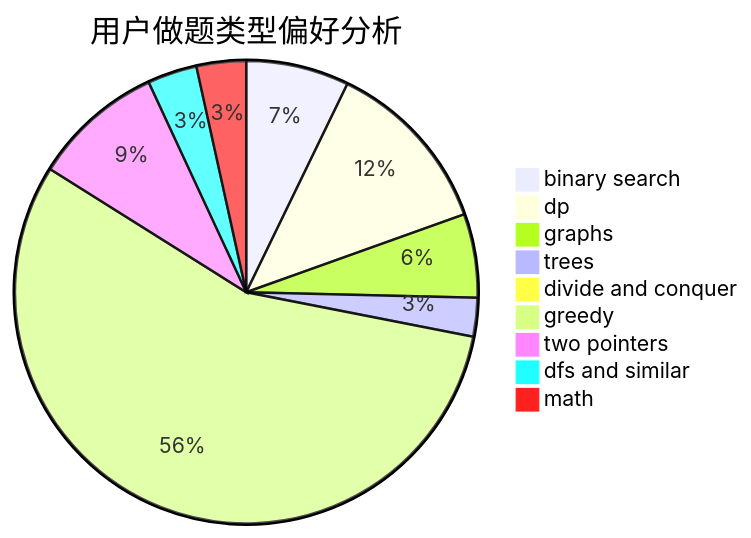
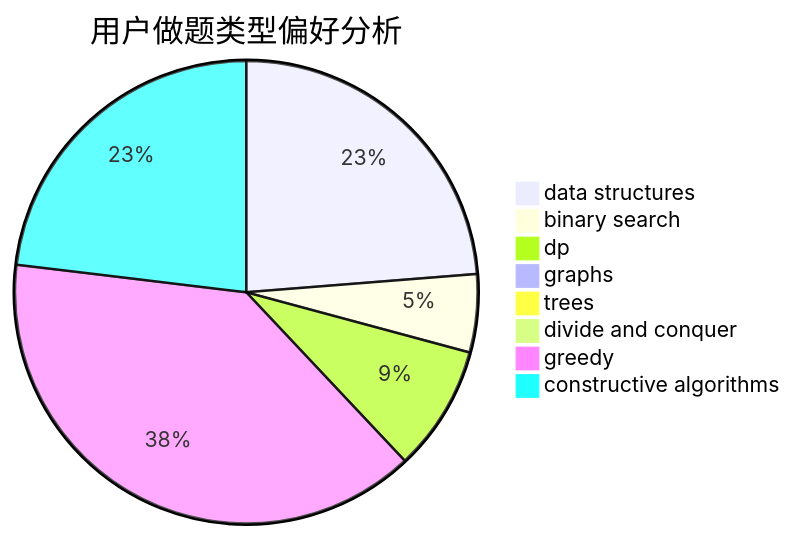
The second of 3 diagrams in docs/user/u2501.md (sherpahu/cfrs.github.io), drawn with Mermaid before and after one commit. The commit also changed other lines of this file and 2775 other files, not shown here.

````diff
--- a/docs/user/u2501.md
+++ b/docs/user/u2501.md
@@ -23,12 +23,11 @@
 ```mermaid
 pie title 用户做题类型偏好分析
-    "binary search" :  106
-    "dp" :  182
-    "graphs" :  86
-    "trees" :  40
-    "divide and conquer" :  3
-    "greedy" :  823
-    "two pointers" :  135
-    "dfs and similar" :  51
-    "math" :  51
+    "data structures" :  405
+    "binary search" :  93
+    "dp" :  150
+    "graphs" :  17
+    "trees" :  11
+    "divide and conquer" :  1
+    "greedy" :  664
+    "constructive algorithms" :  394
 ```
````
